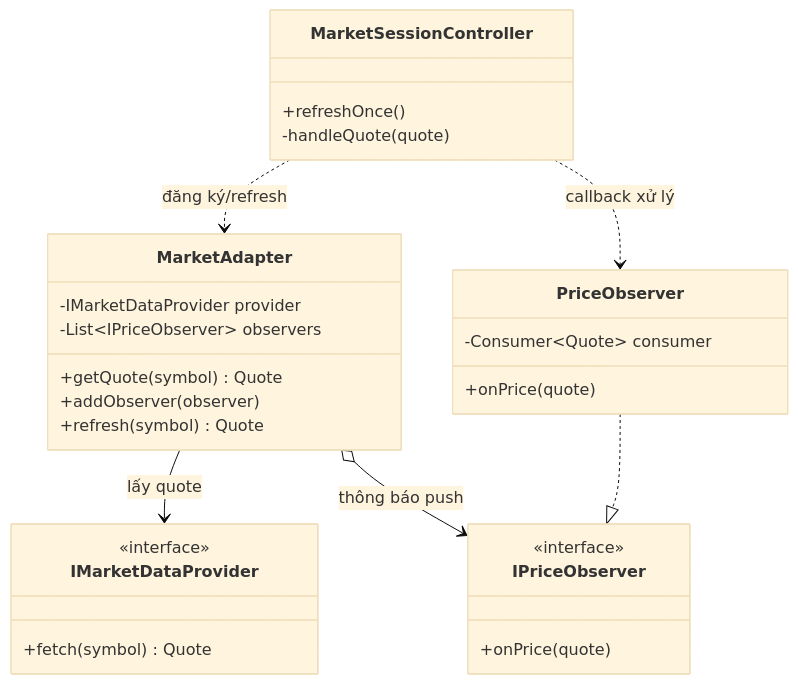
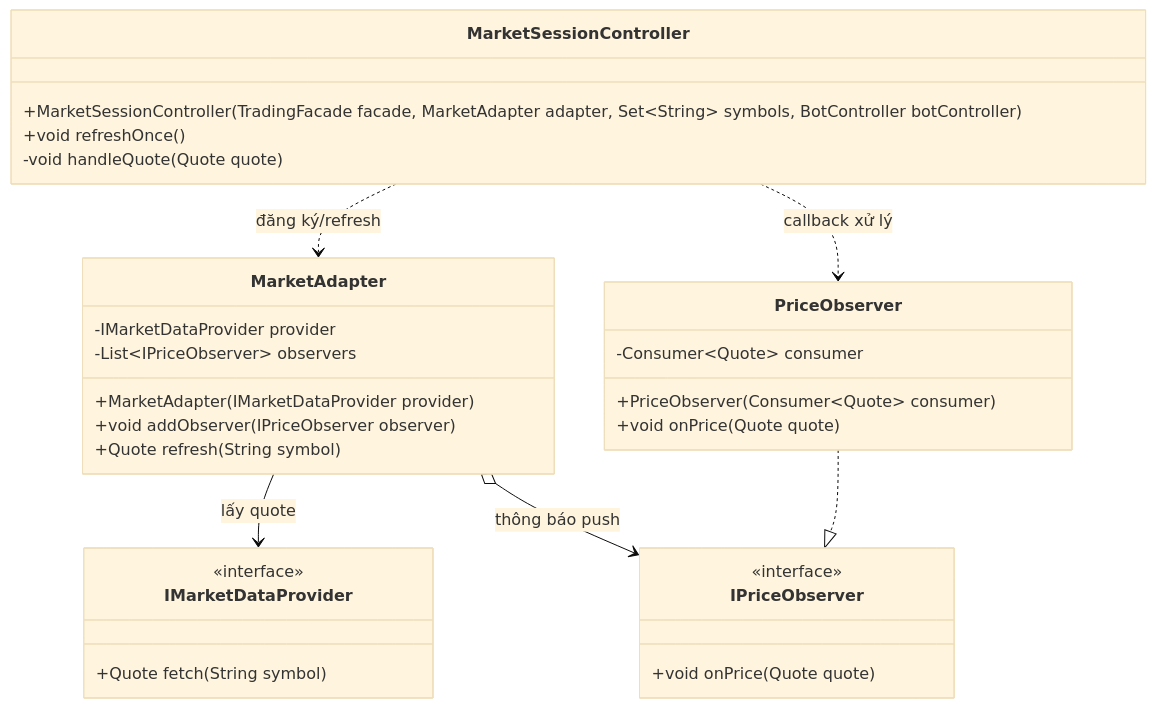
The fourth of 5 diagrams in docs/DESIGN_PATTERNS_PRESENTATION.md (Minh2312688/GiaoDichChungKhoan), drawn with Mermaid (base theme) before and after one commit. The commit also changed other lines of this file, not shown here.

````diff
--- a/docs/DESIGN_PATTERNS_PRESENTATION.md
+++ b/docs/DESIGN_PATTERNS_PRESENTATION.md
@@ -251,31 +271,33 @@
 ```mermaid
 classDiagram
     class MarketAdapter {
         -IMarketDataProvider provider
         -List~IPriceObserver~ observers
-        +getQuote(symbol) Quote
-        +addObserver(observer)
-        +refresh(symbol) Quote
+        +MarketAdapter(IMarketDataProvider provider)
+        +void addObserver(IPriceObserver observer)
+        +Quote refresh(String symbol)
     }
     class IMarketDataProvider {
         <<interface>>
-        +fetch(symbol) Quote
+        +Quote fetch(String symbol)
     }
     class IPriceObserver {
         <<interface>>
-        +onPrice(quote)
+        +void onPrice(Quote quote)
     }
     class PriceObserver {
         -Consumer~Quote~ consumer
-        +onPrice(quote)
+        +PriceObserver(Consumer~Quote~ consumer)
+        +void onPrice(Quote quote)
     }
     class MarketSessionController {
-        +refreshOnce()
-        -handleQuote(quote)
+        +MarketSessionController(TradingFacade facade, MarketAdapter adapter, Set~String~ symbols, BotController botController)
+        +void refreshOnce()
+        -void handleQuote(Quote quote)
     }
     MarketAdapter --> IMarketDataProvider : lấy quote
     MarketAdapter o--> IPriceObserver : thông báo push
     PriceObserver ..|> IPriceObserver
     MarketSessionController ..> MarketAdapter : đăng ký/refresh
     MarketSessionController ..> PriceObserver : callback xử lý
 ```
````
